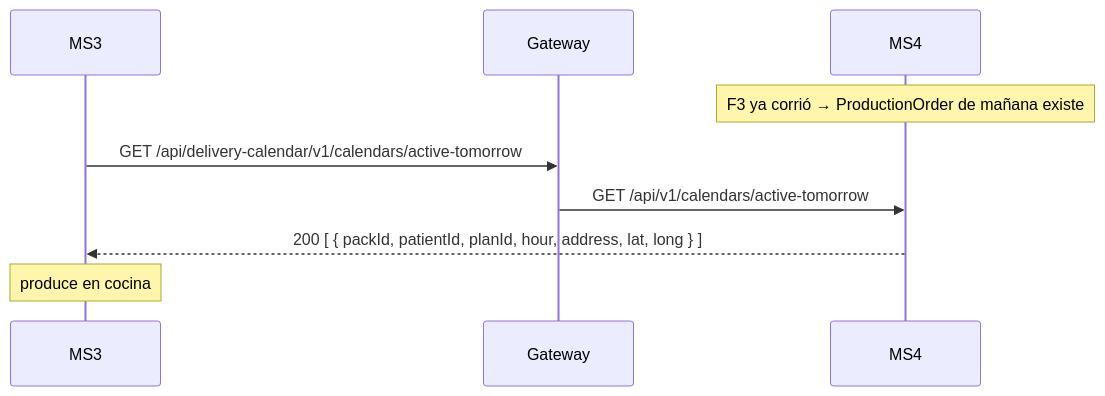
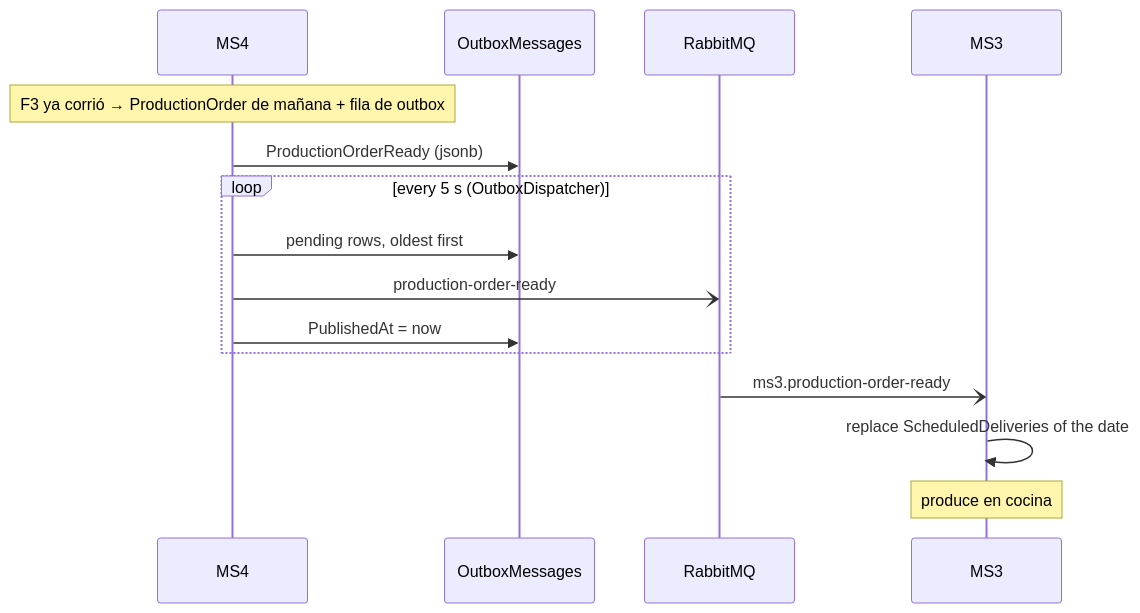
The second of 4 diagrams in services/ms4-delivery-calendar/flows.md (Nur-tricenter/knowledge), drawn with Mermaid before and after one commit. The commit also changed other lines of this file and 43 other files, not shown here.

````diff
--- a/services/ms4-delivery-calendar/flows.md
+++ b/services/ms4-delivery-calendar/flows.md
@@ -72,11 +73,17 @@
 ```mermaid
 sequenceDiagram
+  participant MS4
+  participant OB as OutboxMessages
+  participant MQ as RabbitMQ
   participant MS3
-  participant GW as Gateway
-  participant MS4
-  Note over MS4: F3 ya corrió → ProductionOrder de mañana existe
-  MS3->>GW: GET /api/delivery-calendar/v1/calendars/active-tomorrow
-  GW->>MS4: GET /api/v1/calendars/active-tomorrow
-  MS4-->>MS3: 200 [ { packId, patientId, planId, hour, address, lat, long } ]
+  Note over MS4: F3 ya corrió → ProductionOrder de mañana + fila de outbox
+  MS4->>OB: ProductionOrderReady (jsonb)
+  loop every 5 s (OutboxDispatcher)
+    MS4->>OB: pending rows, oldest first
+    MS4-)MQ: production-order-ready
+    MS4->>OB: PublishedAt = now
+  end
+  MQ-)MS3: ms3.production-order-ready
+  MS3->>MS3: replace ScheduledDeliveries of the date
   Note over MS3: produce en cocina
 ```
````
